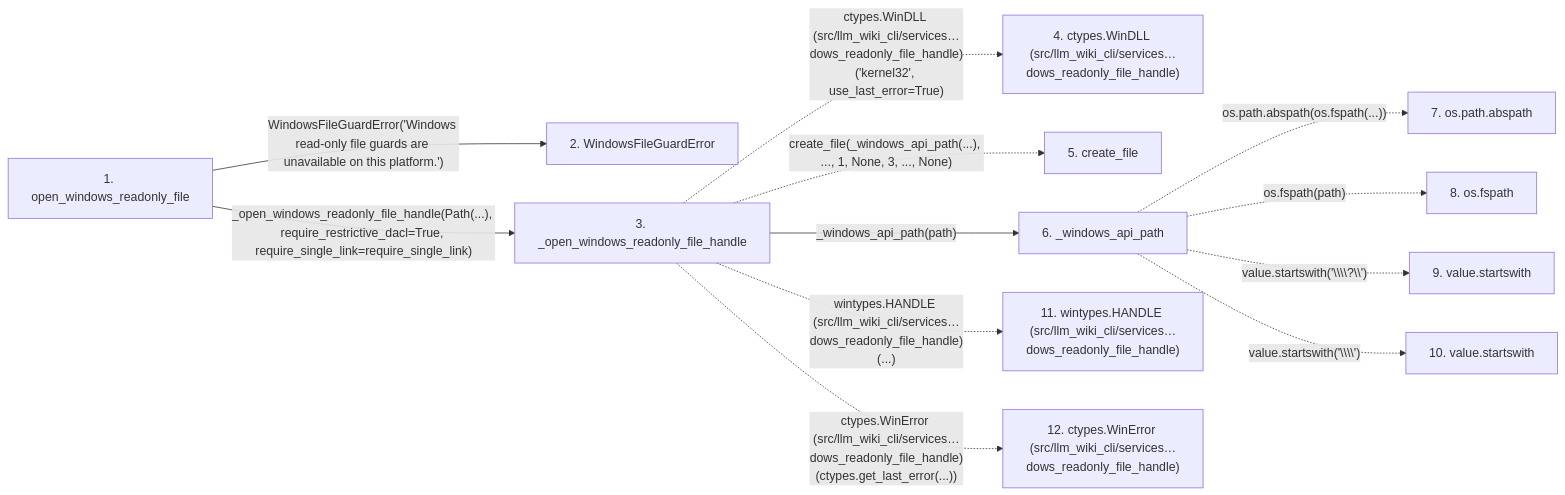
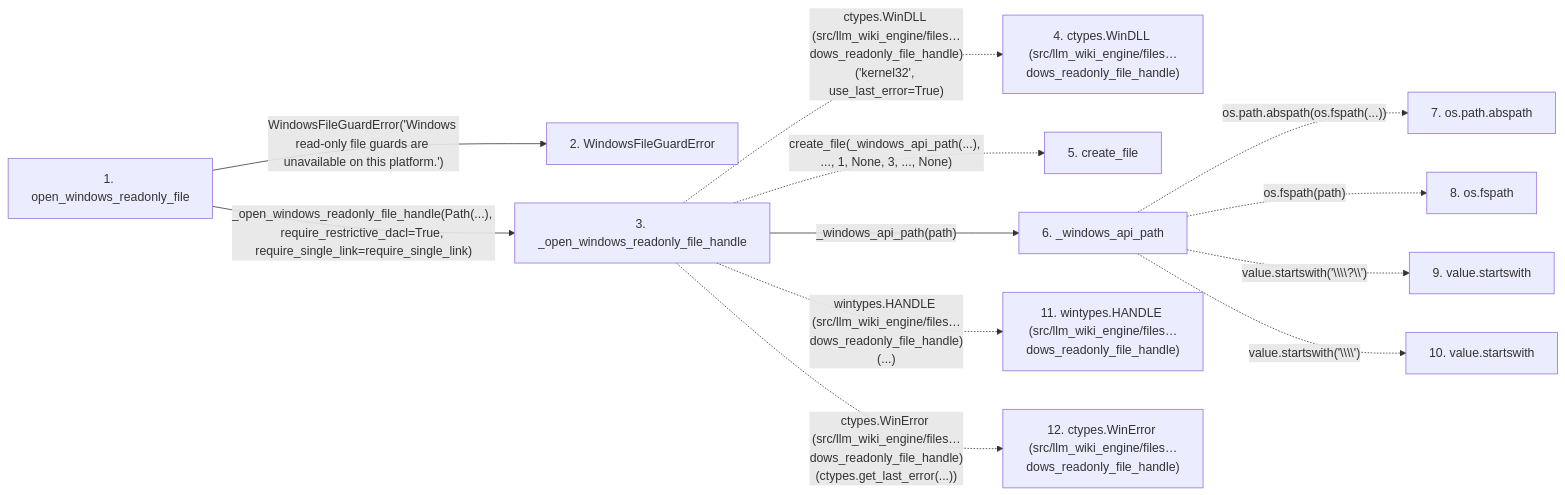
One commit to Denissvgn/python-wiki-llm changed the second of 2 diagrams in docs/llm_wiki/flows/api-open_windows_readonly_file.md. Above: the diagram before and after it, drawn with Mermaid. The commit also changed other lines of this file and 739 other files, not shown here.

First line of the commit message:
docs: refresh the wiki for the second engine batch

````diff
--- a/docs/llm_wiki/flows/api-open_windows_readonly_file.md
+++ b/docs/llm_wiki/flows/api-open_windows_readonly_file.md
@@ -123,30 +123,30 @@
 ```mermaid
 flowchart LR
     s1["1. open_windows_readonly_file"]
     s2["2. WindowsFileGuardError"]
     s3["3. _open_windows_readonly_file_handle"]
-    s4["4. ctypes.WinDLL (src/llm_wiki_cli/services…dows_readonly_file_handle)"]
+    s4["4. ctypes.WinDLL (src/llm_wiki_engine/files…dows_readonly_file_handle)"]
     s5["5. create_file"]
     s6["6. _windows_api_path"]
     s7["7. os.path.abspath"]
     s8["8. os.fspath"]
     s9["9. value.startswith"]
     s10["10. value.startswith"]
-    s11["11. wintypes.HANDLE (src/llm_wiki_cli/services…dows_readonly_file_handle)"]
-    s12["12. ctypes.WinError (src/llm_wiki_cli/services…dows_readonly_file_handle)"]
+    s11["11. wintypes.HANDLE (src/llm_wiki_engine/files…dows_readonly_file_handle)"]
+    s12["12. ctypes.WinError (src/llm_wiki_engine/files…dows_readonly_file_handle)"]
     s1 -->|"WindowsFileGuardError('Windows read-only file guards are unavailable on this platform.')"| s2
     s1 -->|"_open_windows_readonly_file_handle(Path(...), require_restrictive_dacl=True, require_single_link=require_single_link)"| s3
-    s3 -. "ctypes.WinDLL (src/llm_wiki_cli/services…dows_readonly_file_handle)('kernel32', use_last_error=True)" .-> s4
+    s3 -. "ctypes.WinDLL (src/llm_wiki_engine/files…dows_readonly_file_handle)('kernel32', use_last_error=True)" .-> s4
     s3 -. "create_file(_windows_api_path(...), ..., 1, None, 3, ..., None)" .-> s5
     s3 -->|"_windows_api_path(path)"| s6
     s6 -. "os.path.abspath(os.fspath(...))" .-> s7
     s6 -. "os.fspath(path)" .-> s8
     s6 -. "value.startswith('\\\\?\\')" .-> s9
     s6 -. "value.startswith('\\\\')" .-> s10
-    s3 -. "wintypes.HANDLE (src/llm_wiki_cli/services…dows_readonly_file_handle)(...)" .-> s11
-    s3 -. "ctypes.WinError (src/llm_wiki_cli/services…dows_readonly_file_handle)(ctypes.get_last_error(...))" .-> s12
+    s3 -. "wintypes.HANDLE (src/llm_wiki_engine/files…dows_readonly_file_handle)(...)" .-> s11
+    s3 -. "ctypes.WinError (src/llm_wiki_engine/files…dows_readonly_file_handle)(ctypes.get_last_error(...))" .-> s12
     click s1 "../modules/filesystem_guard.md"
     click s2 "../modules/filesystem_guard.md"
     click s3 "../modules/filesystem_guard.md"
     click s6 "../modules/filesystem_guard.md"
 ```
````
